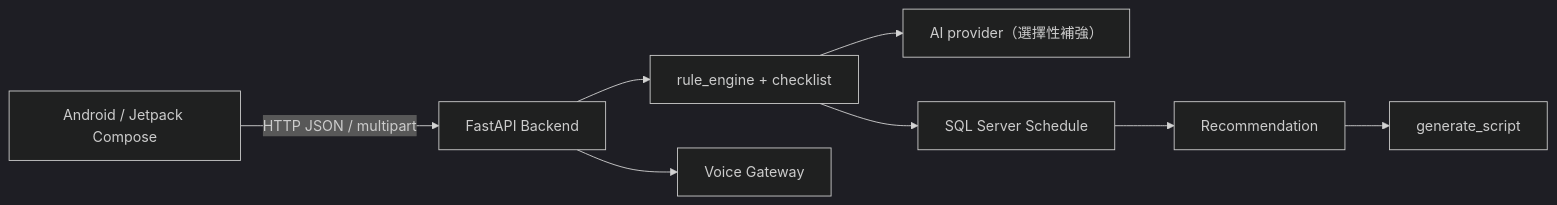
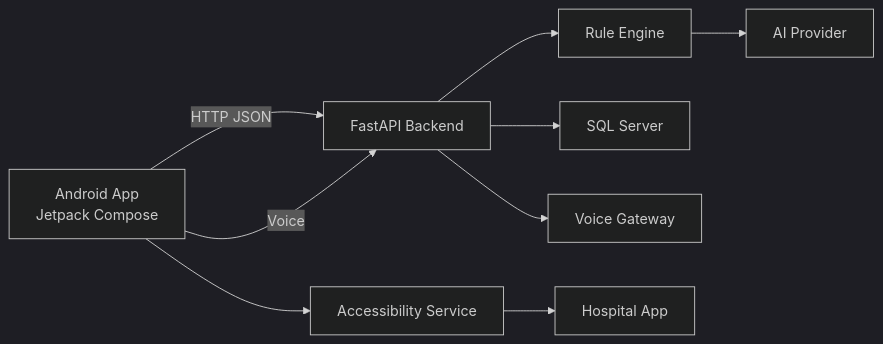
Before and after one commit to melody650123/HelloProject: the second of 2 diagrams in README.md, drawn with Mermaid (dark theme). The commit also changed other lines of this file, not shown here.

````diff
--- a/README.md
+++ b/README.md
@@ -20,10 +181,20 @@
 ```mermaid
 flowchart LR
-    A["Android / Jetpack Compose"] -->|HTTP JSON / multipart| B["FastAPI Backend"]
-    B --> C["rule_engine + checklist"]
-    C --> D["AI provider（選擇性補強）"]
-    C --> E["SQL Server Schedule"]
-    E --> F["Recommendation"]
-    F --> G["generate_script"]
-    B --> H["Voice Gateway"]
+    A[Android App<br/>Jetpack Compose]
+    B[FastAPI Backend]
+    C[Rule Engine]
+    D[AI Provider]
+    E[SQL Server]
+    F[Voice Gateway]
+    G[Accessibility Service]
+    H[Hospital App]
+
+    A -->|HTTP JSON| B
+    B --> C
+    C --> D
+    B --> E
+    A -->|Voice| B
+    B --> F
+    A --> G
+    G --> H
 ```
````
